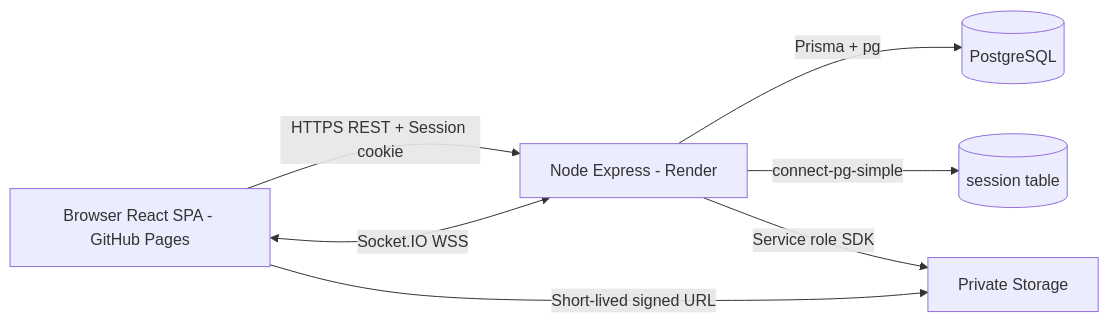
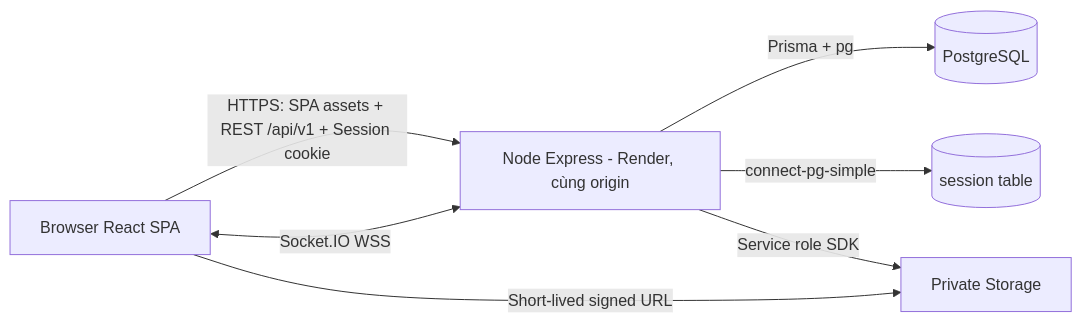
Before and after one commit to LAMB-IS-ME/BTL-CNW-DVTT: the second of 13 diagrams in docs/SDD.md, drawn with Mermaid. The commit also changed other lines of this file and 12 other files, not shown here.

First line of the commit message:
docs: update live docs for same-origin Render deployment

````diff
--- a/docs/SDD.md
+++ b/docs/SDD.md
@@ -28,9 +28,9 @@
 ```mermaid
 flowchart LR
-  B[Browser React SPA - GitHub Pages] -->|HTTPS REST + Session cookie| A[Node Express - Render]
+  B[Browser React SPA] -->|HTTPS: SPA assets + REST /api/v1 + Session cookie| A[Node Express - Render, cùng origin]
   B <-->|Socket.IO WSS| A
   A -->|Prisma + pg| D[(PostgreSQL)]
   A -->|connect-pg-simple| SS[(session table)]
   A -->|Service role SDK| S[Private Storage]
   B -->|Short-lived signed URL| S
 ```
````
